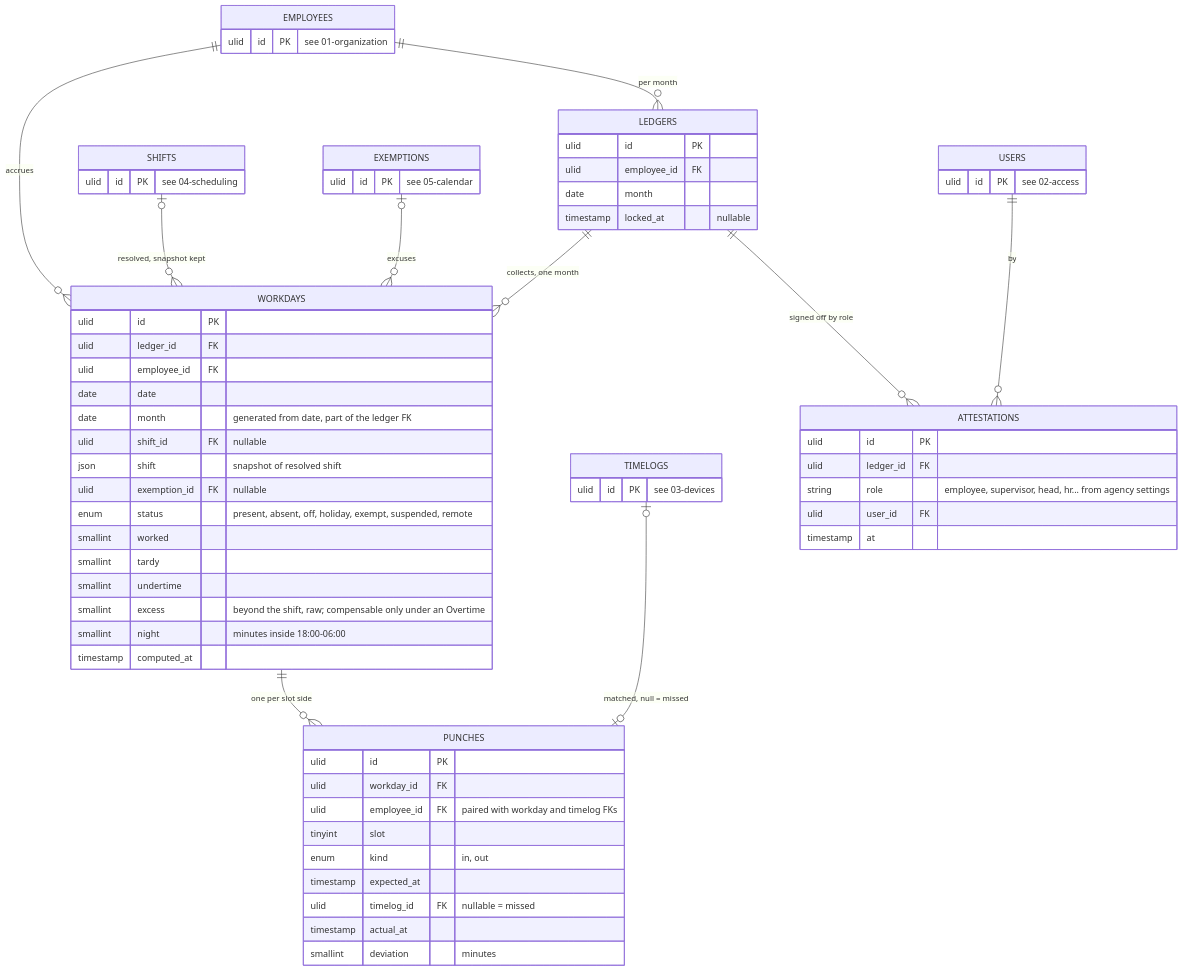
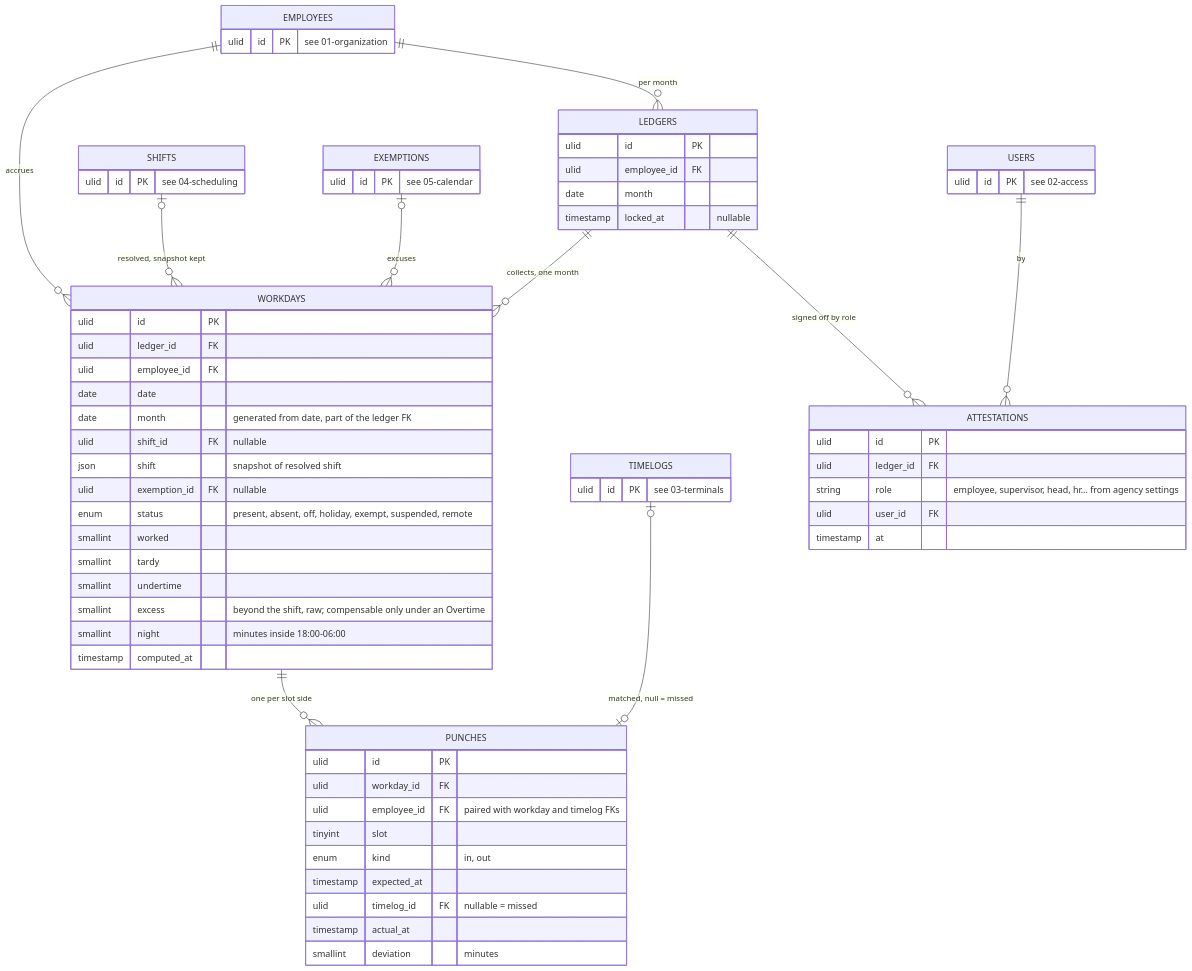
The diagram in docs/design/06-attendance.md (joowdx/khronoz), drawn with Mermaid before and after one commit. The commit also changed other lines of this file and 5 other files, not shown here.

````diff
--- a/docs/design/06-attendance.md
+++ b/docs/design/06-attendance.md
@@ -3,69 +3,69 @@
 ```mermaid
 erDiagram
     EMPLOYEES  ||--o{ WORKDAYS : "accrues"
     SHIFTS     |o--o{ WORKDAYS : "resolved, snapshot kept"
     EXEMPTIONS |o--o{ WORKDAYS : "excuses"
     WORKDAYS   ||--o{ PUNCHES  : "one per slot side"
     TIMELOGS   |o--o| PUNCHES  : "matched, null = missed"
     EMPLOYEES  ||--o{ LEDGERS  : "per month"
     LEDGERS    ||--o{ WORKDAYS : "collects, one month"
     LEDGERS    ||--o{ ATTESTATIONS : "signed off by role"
     USERS      ||--o{ ATTESTATIONS : "by"
 
     WORKDAYS {
         ulid id PK
         ulid ledger_id FK
         ulid employee_id FK
         date date
         date month "generated from date, part of the ledger FK"
         ulid shift_id FK "nullable"
         json shift "snapshot of resolved shift"
         ulid exemption_id FK "nullable"
         enum status "present, absent, off, holiday, exempt, suspended, remote"
         smallint worked
         smallint tardy
         smallint undertime
         smallint excess "beyond the shift, raw; compensable only under an Overtime"
         smallint night "minutes inside 18:00-06:00"
         timestamp computed_at
     }
     PUNCHES {
         ulid id PK
         ulid workday_id FK
         ulid employee_id FK "paired with workday and timelog FKs"
         tinyint slot
         enum kind "in, out"
         timestamp expected_at
         ulid timelog_id FK "nullable = missed"
         timestamp actual_at
         smallint deviation "minutes"
     }
     LEDGERS {
         ulid id PK
         ulid employee_id FK
         date month
         timestamp locked_at "nullable"
     }
     ATTESTATIONS {
         ulid id PK
         ulid ledger_id FK
         string role "employee, supervisor, head, hr... from agency settings"
         ulid user_id FK
         timestamp at
     }
     USERS {
         ulid id PK "see 02-access"
     }
     EMPLOYEES {
         ulid id PK "see 01-organization"
     }
     SHIFTS {
         ulid id PK "see 04-scheduling"
     }
     EXEMPTIONS {
         ulid id PK "see 05-calendar"
     }
     TIMELOGS {
-        ulid id PK "see 03-devices"
+        ulid id PK "see 03-terminals"
     }
 ```
````
